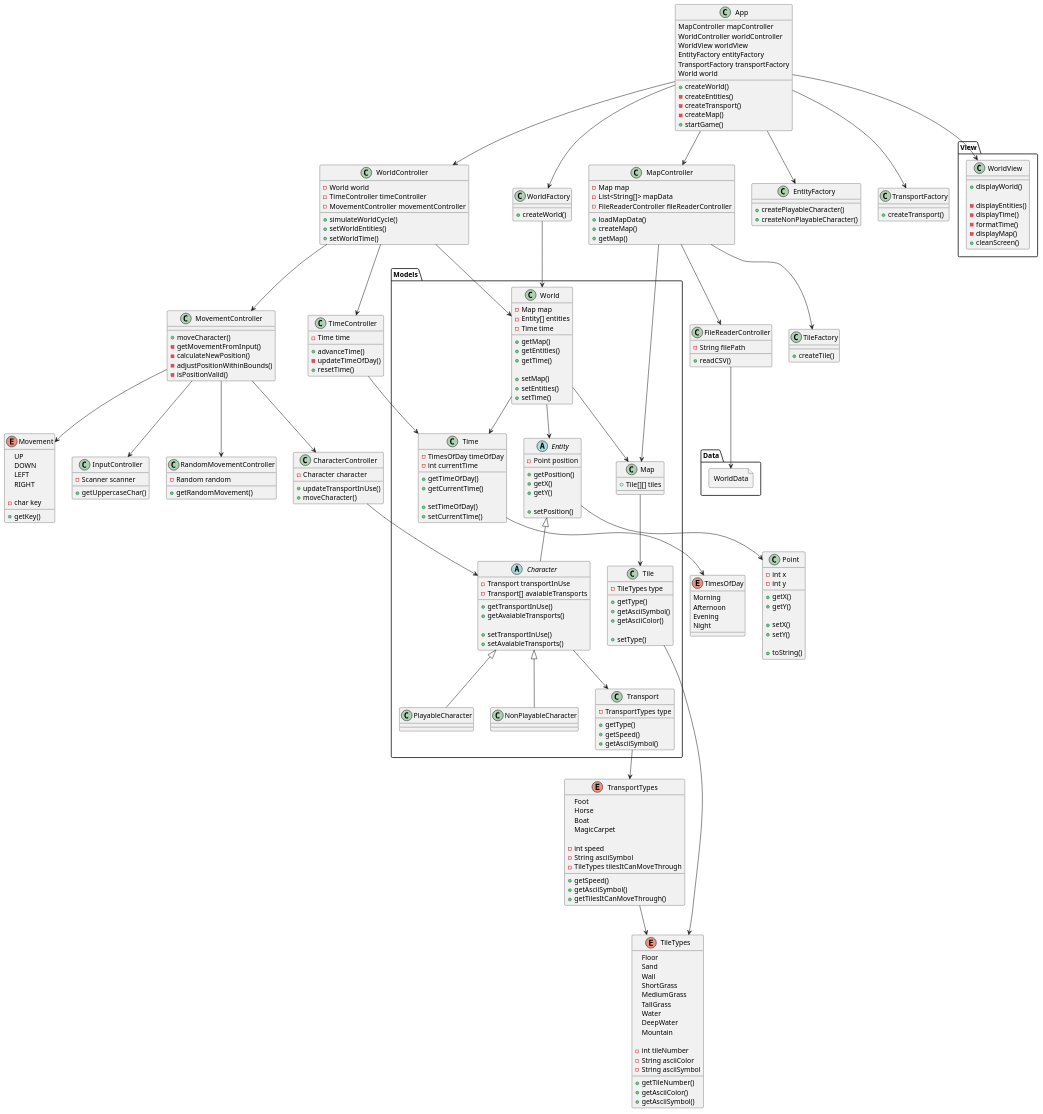
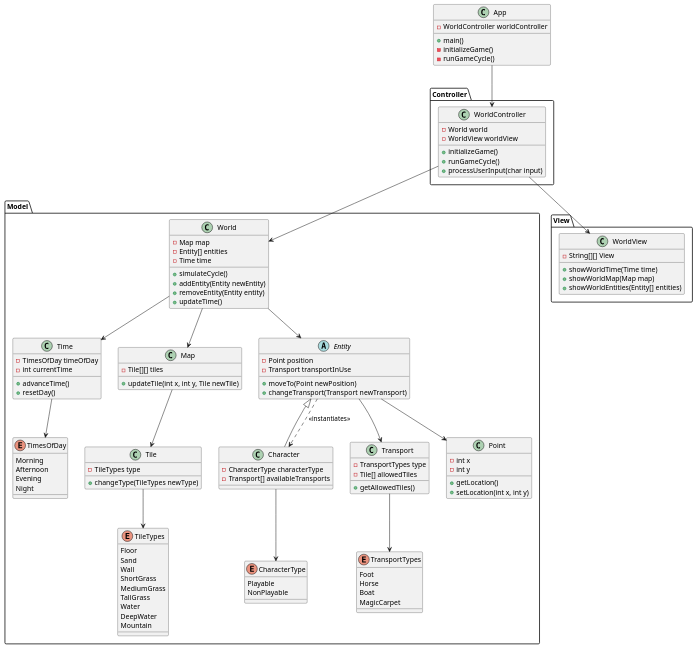
One commit to mmasias/23-24-IdSw2-SDD changed the diagram in docs/modelosUML/diagramaDeAplicacion.puml. Above: the diagram before and after it, drawn with PlantUML.

Commit message:
feat: New Diagram Version

```diff
--- a/docs/modelosUML/diagramaDeAplicacion.puml
+++ b/docs/modelosUML/diagramaDeAplicacion.puml
@@ -1,257 +1,123 @@
-@startuml ClasesPracticas-PyMundo
+@startuml DiagramaDeAplicacion
 
 class App {
-    MapController mapController
-    WorldController worldController
-    WorldView worldView
-    EntityFactory entityFactory
-    TransportFactory transportFactory
-    World world
+    - WorldController worldController
 
-    + createWorld()
-    - createEntities()
-    - createTransport()
-    - createMap()
-    + startGame()
+    + main()
+    - initializeGame()
+    - runGameCycle()
 }
 
-enum TileTypes {
-    Floor
-    Sand
-    Wall
-    ShortGrass
-    MediumGrass
-    TallGrass
-    Water
-    DeepWater
-    Mountain
-
-    - int tileNumber
-    - String asciiColor
-    - String asciiSymbol
-
-    + getTileNumber()
-    + getAsciiColor()
-    + getAsciiSymbol()
-}
-
-enum Movement {
-    UP
-    DOWN
-    LEFT
-    RIGHT
-
-    - char key
-
-    + getKey()
-}
-
-enum TimesOfDay {
-    Morning
-    Afternoon
-    Evening
-    Night
-}
-
-enum TransportTypes {
-    Foot
-    Horse
-    Boat
-    MagicCarpet
-
-    - int speed
-    - String asciiSymbol
-    - TileTypes tilesItCanMoveThrough
-
-    + getSpeed()
-    + getAsciiSymbol()
-    + getTilesItCanMoveThrough()
-}
-
-class Point {
-    - int x
-    - int y
-
-    + getX()
-    + getY()
-
-    + setX()
-    + setY()
-
-    + toString()
-}
-
-
-
-package Models {
-    class World{
+package "Model" {
+    class World {
         - Map map
         - Entity[] entities
         - Time time
 
-        + getMap()
-        + getEntities()
-        + getTime()
-
-        + setMap()
-        + setEntities()
-        + setTime()
+        + simulateCycle()
+        + addEntity(Entity newEntity)
+        + removeEntity(Entity entity)
+        + updateTime()
     }
 
     class Time {
         - TimesOfDay timeOfDay
         - int currentTime
 
-        + getTimeOfDay()
-        + getCurrentTime()
-
-        + setTimeOfDay()
-        + setCurrentTime()
+        + advanceTime()
+        + resetDay()
     }
 
-    class Map{
-        + Tile[][] tiles
+    class Map {
+        - Tile[][] tiles
+
+        + updateTile(int x, int y, Tile newTile)
     }
 
     class Tile {
         - TileTypes type
 
-        + getType()
-        + getAsciiSymbol()
-        + getAsciiColor()
-
-        + setType()
+        + changeType(TileTypes newType)
     }
 
     abstract class Entity {
         - Point position
+        - Transport transportInUse
 
-        + getPosition()
-        + getX()
-        + getY()
-
-        + setPosition()
+        + moveTo(Point newPosition)
+        + changeTransport(Transport newTransport)
     }
 
-    abstract class Character {
-        - Transport transportInUse
-        - Transport[] avaiableTransports
+    class Character extends Entity {
+        - CharacterType characterType
+        - Transport[] availableTransports
 
-        + getTransportInUse()
-        + getAvaiableTransports()
-
-        + setTransportInUse()
-        + setAvaiableTransports()
-    }
-
-    class PlayableCharacter{
-    }
-    class NonPlayableCharacter {
     }
 
     class Transport {
         - TransportTypes type
+        - Tile[] allowedTiles
 
-        + getType()
-        + getSpeed()
-        + getAsciiSymbol()
+        + getAllowedTiles()
     }
 
-}
+    class Point {
+        - int x
+        - int y
 
-class WorldController {
-    - World world
-    - TimeController timeController
-    - MovementController movementController
+        + getLocation()
+        + setLocation(int x, int y)
+    }
 
-    + simulateWorldCycle()
-    + setWorldEntities()
-    + setWorldTime()
-}
+    enum TileTypes {
+        Floor
+        Sand
+        Wall
+        ShortGrass
+        MediumGrass
+        TallGrass
+        Water
+        DeepWater
+        Mountain
+    }
 
-class FileReaderController {
-    - String filePath
+    enum TimesOfDay {
+        Morning
+        Afternoon
+        Evening
+        Night
+    }
 
-    + readCSV()
-}
+    enum TransportTypes {
+        Foot
+        Horse
+        Boat
+        MagicCarpet
+    }
 
-class MapController {
-    - Map map
-    - List<String[]> mapData
-    - FileReaderController fileReaderController
-
-    + loadMapData()
-    + createMap()
-    + getMap()
-}
-
-
-class InputController {
-    - Scanner scanner
-
-    + getUppercaseChar()
-}
-
-class RandomMovementController {
-    - Random random
-
-    + getRandomMovement()
-}
-
-class MovementController {
-    + moveCharacter()
-    - getMovementFromInput()
-    - calculateNewPosition()
-    - adjustPositionWithinBounds()
-    - isPositionValid()
-}
-
-class CharacterController {
-    - Character character
-
-    + updateTransportInUse()
-    + moveCharacter()
-}
-
-class TimeController {
-    - Time time
-
-    + advanceTime()
-    - updateTimeOfDay()
-    + resetTime()
-}
-
-package View {
-    class WorldView {
-        + displayWorld()
-
-        - displayEntities()
-        - displayTime()
-        - formatTime()
-        - displayMap()
-        + cleanScreen()
+    enum CharacterType {
+        Playable
+        NonPlayable
     }
 }
 
-class EntityFactory {
-    + createPlayableCharacter()
-    + createNonPlayableCharacter()
+package "View" {
+    class WorldView {
+        - String[][] View
+        + showWorldTime(Time time)
+        + showWorldMap(Map map)
+        + showWorldEntities(Entity[] entities)
+    }
 }
 
-class WorldFactory {
-    + createWorld()
-}
+package "Controller" {
+    class WorldController {
+        - World world
+        - WorldView worldView
 
-class TileFactory {
-    + createTile()
-}
-
-class TransportFactory {
-    + createTransport()
-}
-
-package Data {
-    File WorldData {
+        + initializeGame()
+        + runGameCycle()
+        + processUserInput(char input)
     }
 }
 
@@ -260,34 +126,13 @@
 World --> Time
 Map --> Tile
 Tile --> TileTypes
-Entity <|-- Character
-Character --> Transport
-Character <|-- PlayableCharacter
-Character <|-- NonPlayableCharacter
+Entity --> Point
+Entity --> Transport
 Transport --> TransportTypes
-TransportTypes --> TileTypes
-Entity --> Point
 Time --> TimesOfDay
-MovementController --> Movement
-FileReaderController --> WorldData
-MovementController --> InputController
-MovementController --> RandomMovementController
-MovementController --> CharacterController
-CharacterController --> Character
-MapController --> Map
-MapController --> FileReaderController
-MapController --> TileFactory
-TimeController --> Time
+Entity ..> Character : <<instantiates>>
+Character --> CharacterType
 WorldController --> World
-WorldController --> TimeController
-WorldController --> MovementController
-
+WorldController --> WorldView
 App --> WorldController
-App --> WorldView
-App --> EntityFactory
-App --> TransportFactory
-App --> MapController
-App --> WorldFactory
-WorldFactory --> World
-
 @enduml
```
